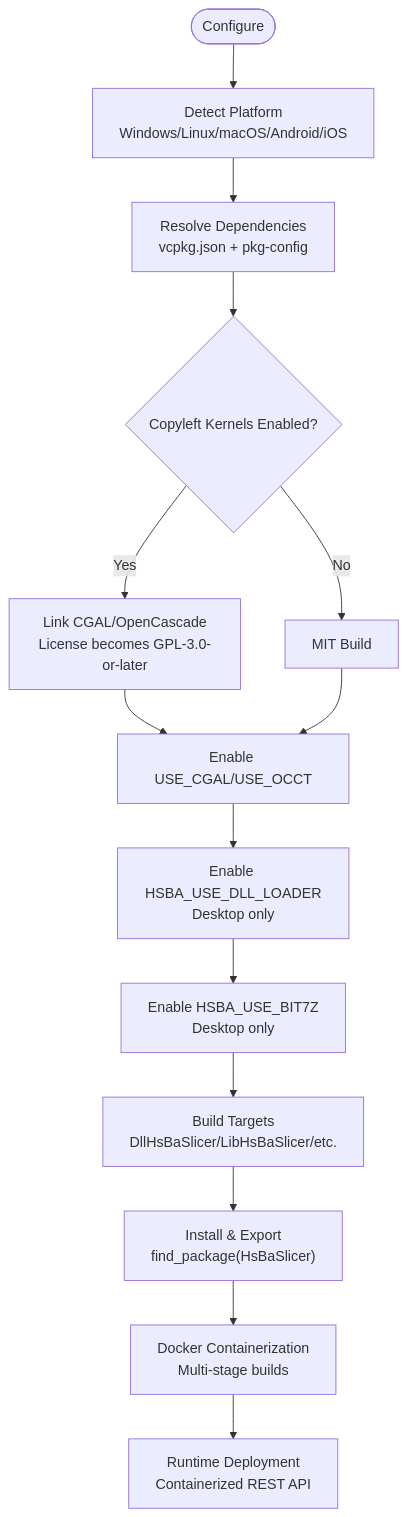
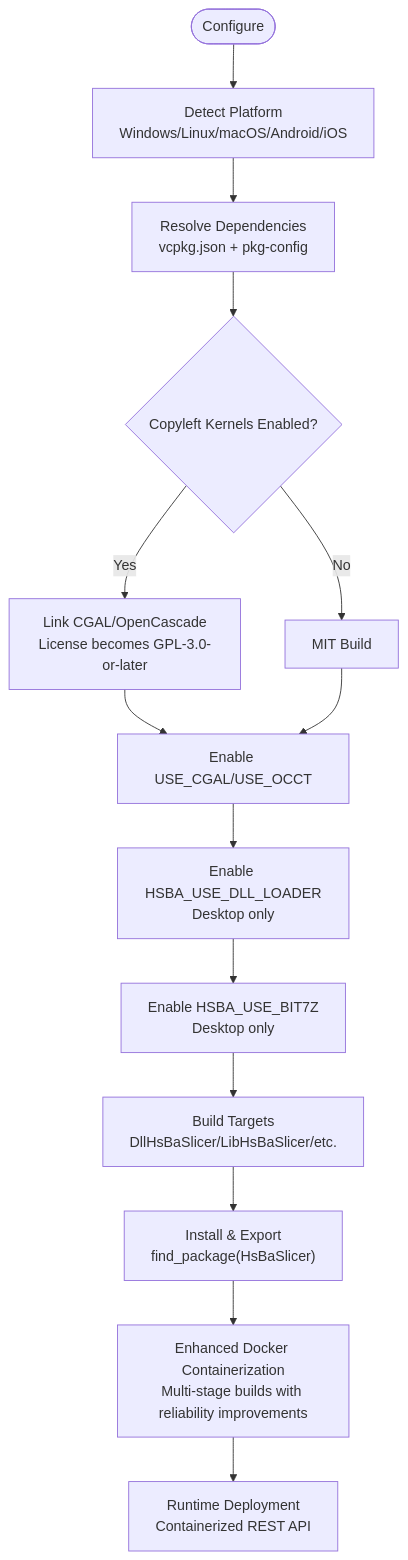
One commit to hsmbanlance/HsBaSlicer changed the third of 9 diagrams in .qoder/repowiki/en/content/Deployment Troubleshooting & FAQ.md. Above: the diagram before and after it, drawn with Mermaid. The commit also changed other lines of this file and 66 other files, not shown here.

````diff
--- a/.qoder/repowiki/en/content/Deployment Troubleshooting & FAQ.md
+++ b/.qoder/repowiki/en/content/Deployment Troubleshooting & FAQ.md
@@ -150,16 +155,16 @@
 ```mermaid
 flowchart TD
 Start(["Configure"]) --> Detect["Detect Platform<br/>Windows/Linux/macOS/Android/iOS"]
 Detect --> Deps["Resolve Dependencies<br/>vcpkg.json + pkg-config"]
 Deps --> Copyleft{"Copyleft Kernels Enabled?"}
 Copyleft --> |Yes| LinkCopyleft["Link CGAL/OpenCascade<br/>License becomes GPL-3.0-or-later"]
 Copyleft --> |No| MITBuild["MIT Build"]
 LinkCopyleft --> Features["Enable USE_CGAL/USE_OCCT"]
 MITBuild --> Features
 Features --> Loader["Enable HSBA_USE_DLL_LOADER<br/>Desktop only"]
 Loader --> Compress["Enable HSBA_USE_BIT7Z<br/>Desktop only"]
 Compress --> Targets["Build Targets<br/>DllHsBaSlicer/LibHsBaSlicer/etc."]
 Targets --> Install["Install & Export<br/>find_package(HsBaSlicer)"]
-Install --> Docker["Docker Containerization<br/>Multi-stage builds"]
-Docker --> Runtime["Runtime Deployment<br/>Containerized REST API"]
+Install --> EnhancedDocker["Enhanced Docker Containerization<br/>Multi-stage builds with reliability improvements"]
+EnhancedDocker --> Runtime["Runtime Deployment<br/>Containerized REST API"]
 ```
````
